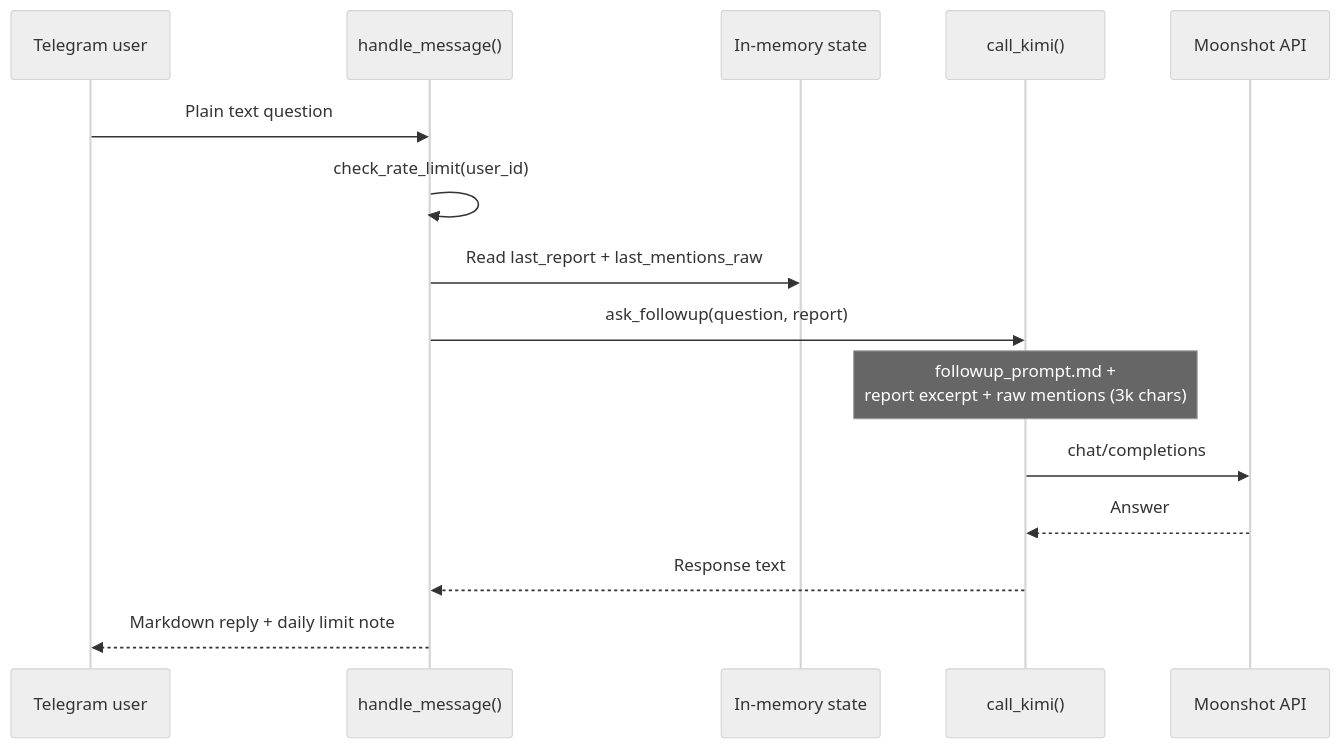
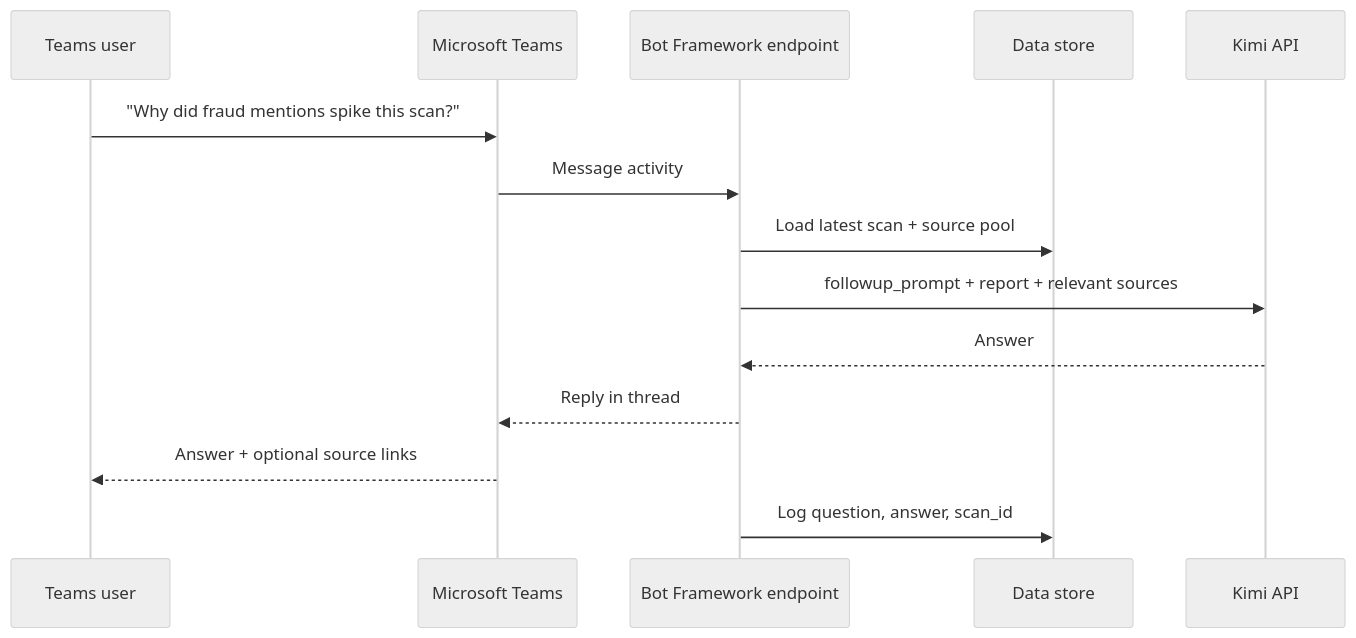
The fourth of 4 diagrams in ARCHITECTURE_FLOW.md (craigdeng-cpu/interac-sentiment-bot), drawn with Mermaid (neutral theme) before and after one commit. The commit also changed other lines of this file, not shown here.

First line of the commit message:
Refocus architecture doc on target state with clearer workflows.

````diff
--- a/ARCHITECTURE_FLOW.md
+++ b/ARCHITECTURE_FLOW.md
@@ -256,18 +295,17 @@
 ```mermaid
 sequenceDiagram
-    participant User as Telegram user
-    participant Bot as handle_message()
-    participant Mem as In-memory state
-    participant Kimi as call_kimi()
-    participant API as Moonshot API
+    participant User as Teams user
+    participant Teams as Microsoft Teams
+    participant Bot as Bot Framework endpoint
+    participant Store as Data store
+    participant Kimi as Kimi API
 
-    User->>Bot: Plain text question
-    Bot->>Bot: check_rate_limit(user_id)
-    Bot->>Mem: Read last_report + last_mentions_raw
-    Bot->>Kimi: ask_followup(question, report)
-    Note over Kimi: followup_prompt.md +<br/>report excerpt + raw mentions (3k chars)
-    Kimi->>API: chat/completions
-    API-->>Kimi: Answer
-    Kimi-->>Bot: Response text
-    Bot-->>User: Markdown reply + daily limit note
+    User->>Teams: "Why did fraud mentions spike this scan?"
+    Teams->>Bot: Message activity
+    Bot->>Store: Load latest scan + source pool
+    Bot->>Kimi: followup_prompt + report + relevant sources
+    Kimi-->>Bot: Answer
+    Bot-->>Teams: Reply in thread
+    Teams-->>User: Answer + optional source links
+    Bot->>Store: Log question, answer, scan_id
 ```
````
